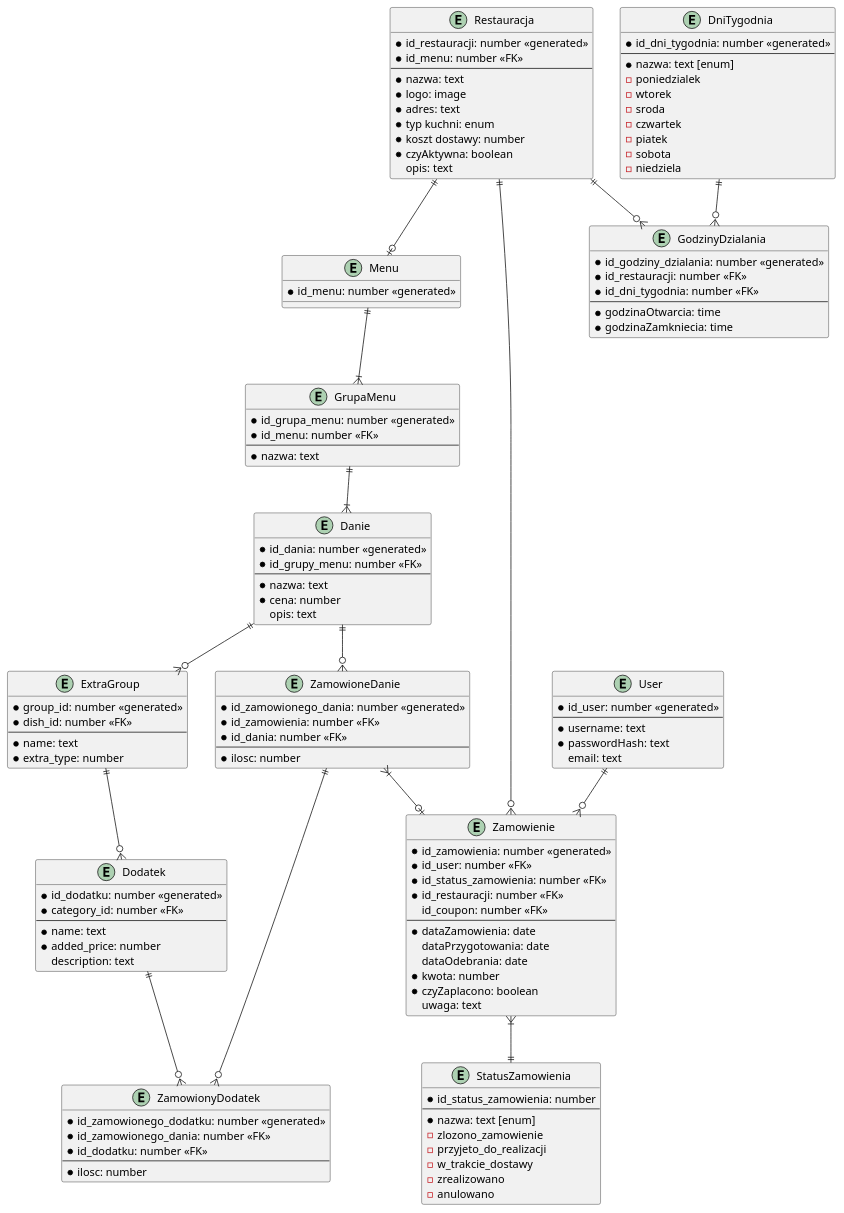
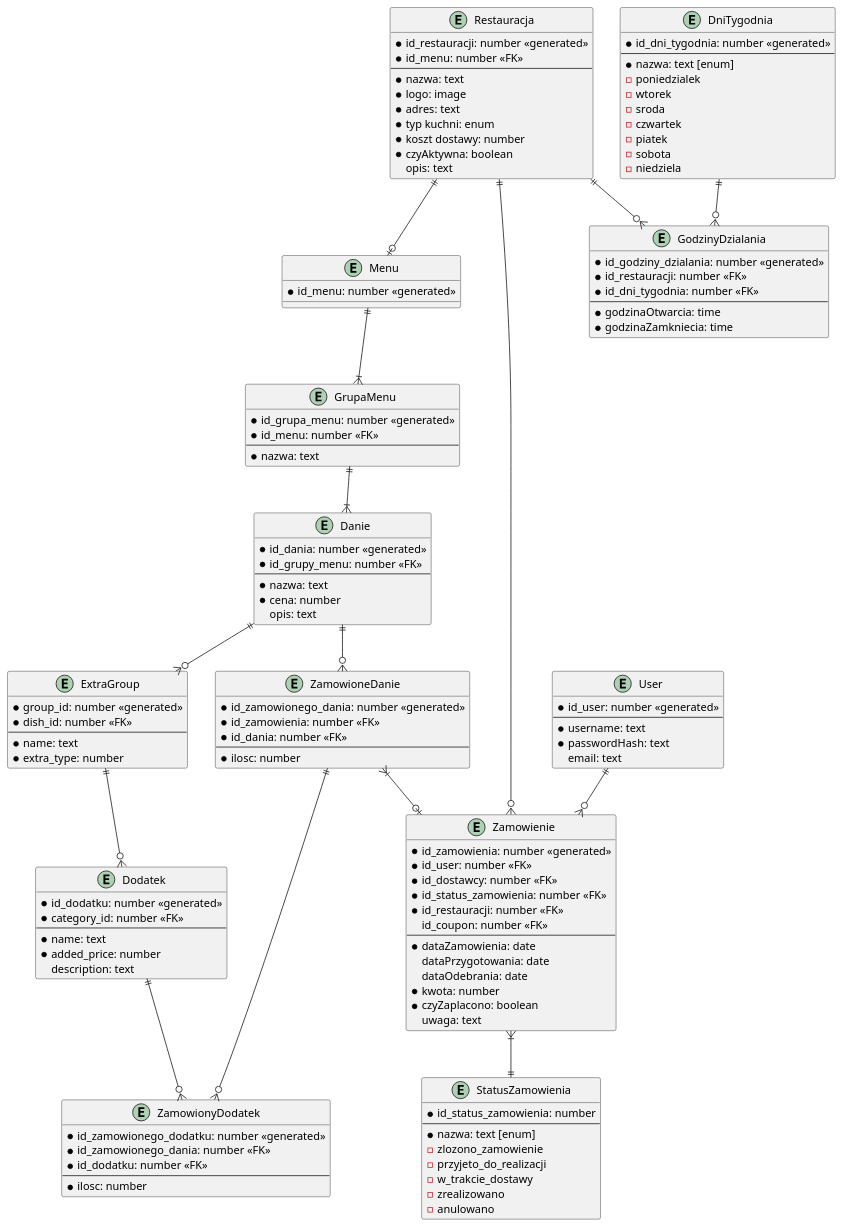
The diagram in docs/schematbazki.md (amelinium23/food-ordering-and-delivering-service), drawn with PlantUML before and after one commit. The commit also changed 1 other file, not shown here.

Commit message:
diagrams tweaks

```diff
--- a/docs/schematbazki.md
+++ b/docs/schematbazki.md
@@ -57,6 +57,7 @@
 entity Zamowienie {
    * id_zamowienia: number <<generated>>
    * id_user: number <<FK>>
+   * id_dostawcy: number <<FK>>
    * id_status_zamowienia: number <<FK>>
    * id_restauracji: number <<FK>>
    id_coupon: number <<FK>>
```
